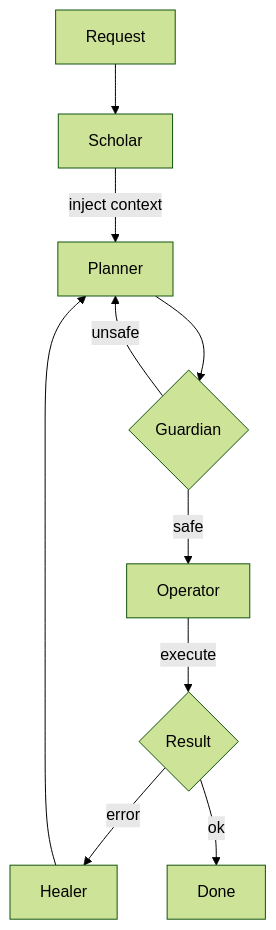
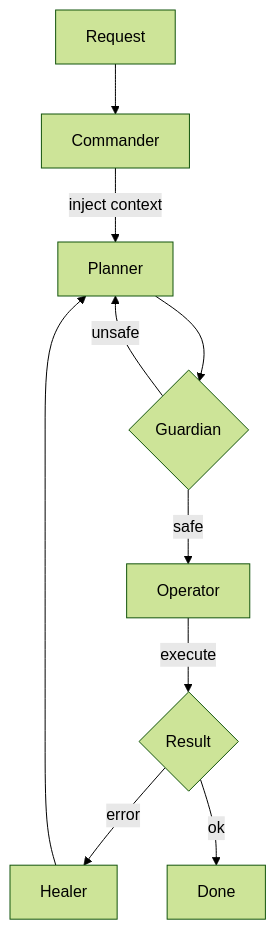
The third of 3 diagrams in README.md (gajanand27-05/sg-cube_v1), drawn with Mermaid (forest theme) before and after one commit. The commit also changed other lines of this file, not shown here.

Commit message:
docs: sync README with current stack (Gemini, Commander, Ollama models)

````diff
--- a/README.md
+++ b/README.md
@@ -81,10 +81,10 @@
 ```mermaid
 flowchart TB
-    REQ[Request] --> SCH[Scholar] -->|inject context| PLA[Planner]
+    REQ[Request] --> CMD[Commander] -->|inject context| PLA[Planner]
     PLA --> GUA{Guardian}
     GUA -->|unsafe| PLA
     GUA -->|safe| OPR[Operator]
     OPR -->|execute| RES{Result}
     RES -->|error| HLR[Healer] --> PLA
     RES -->|ok| DONE[Done]
 ```
````
